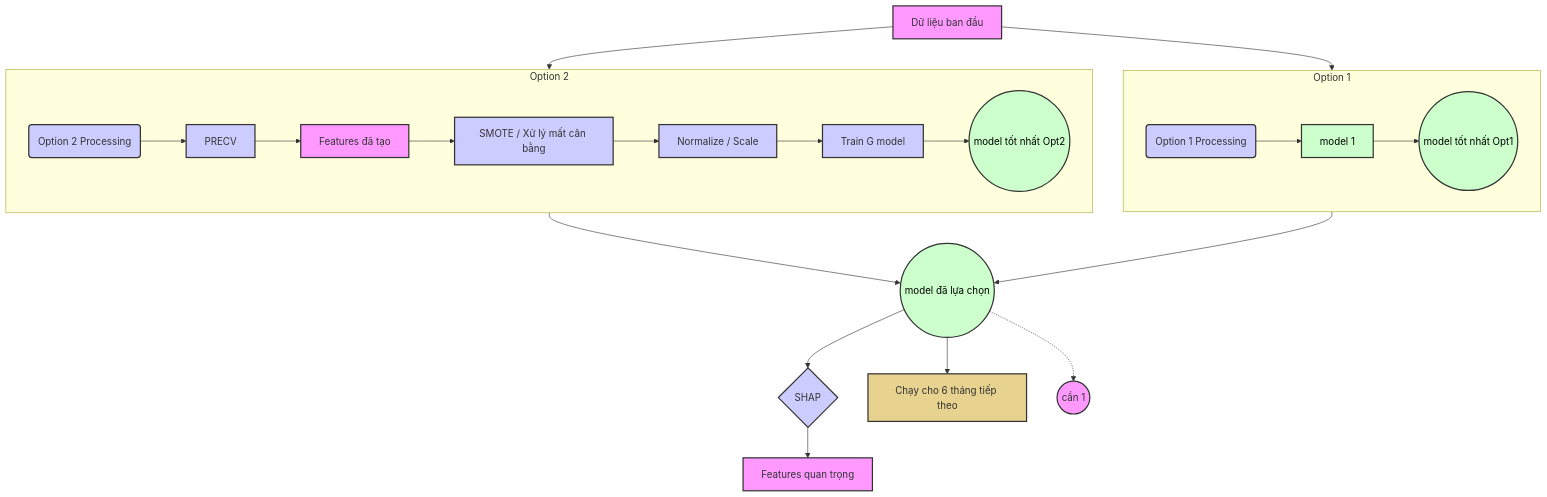
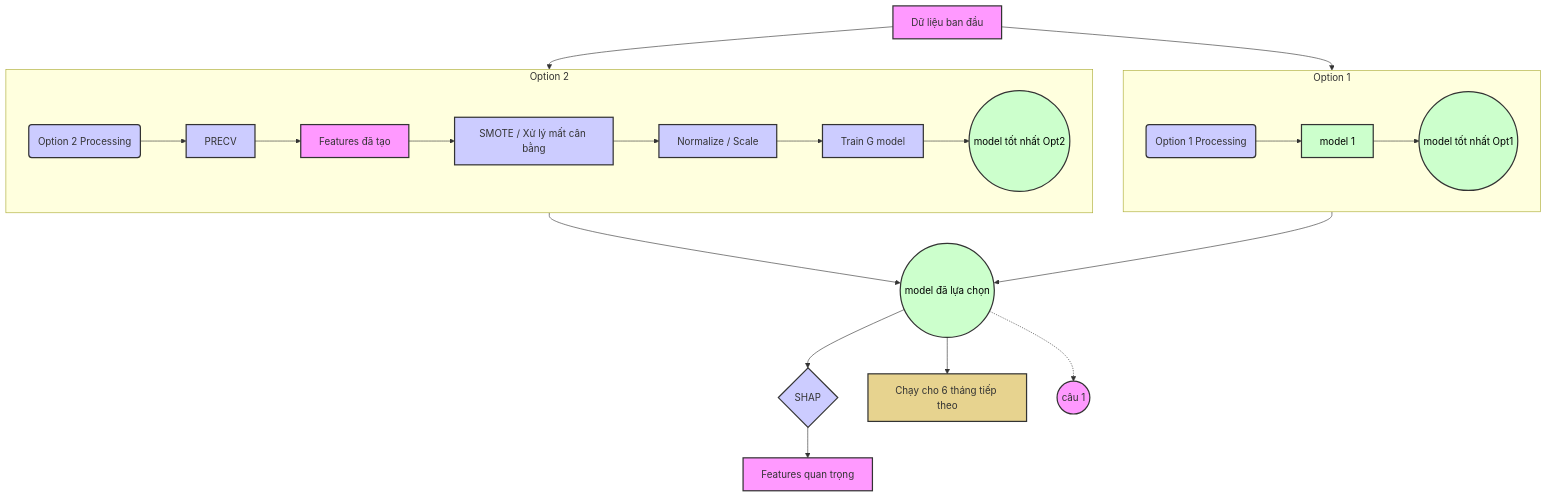
The ninth of 9 diagrams in question.md (ShayNeeo/confess-crush), drawn with Mermaid before and after one commit.

````diff
--- a/question.md
+++ b/question.md
@@ -208,41 +208,41 @@
 ```mermaid
 graph TD
     A[Dữ liệu ban đầu] --> B(Option 1 Processing);
     A --> C(Option 2 Processing);
 
     subgraph Option 1
         direction LR
         B --> B1[model 1];
         B1 --> B2((model tốt nhất Opt1));
     end
 
     subgraph Option 2
         direction LR
         C --> C1[PRECV];
         C1 --> C2[Features đã tạo];
         C2 --> C3[SMOTE / Xử lý mất cân bằng];
         C3 --> C4[Normalize / Scale];
         C4 --> C5[Train G model];
         C5 --> C6((model tốt nhất Opt2));
     end
 
     B2 --> D((model đã lựa chọn));
     C6 --> D;
 
     D --> E{SHAP};
     E --> F[Features quan trọng];
     D --> G[Chạy cho 6 tháng tiếp theo];
-    D -.-> H((cần 1));
+    D -.-> H((câu 1));
 
     %% Styling (Tùy chọn)
     classDef data fill:#f9f,stroke:#333,stroke-width:2px;
     classDef process fill:#ccf,stroke:#333,stroke-width:2px;
     classDef model fill:#cfc,stroke:#333,stroke-width:2px,color:#000;
     classDef decision fill:#f80,stroke:#333,stroke-width:2px;
     classDef deployment fill:#e7d38f,stroke:#333,stroke-width:2px;
 
     class A,C2,F,H data;
     class B,C,C1,C3,C4,C5,E process;
     class B1,B2,C6,D model;
     class G deployment;
 ```
````
